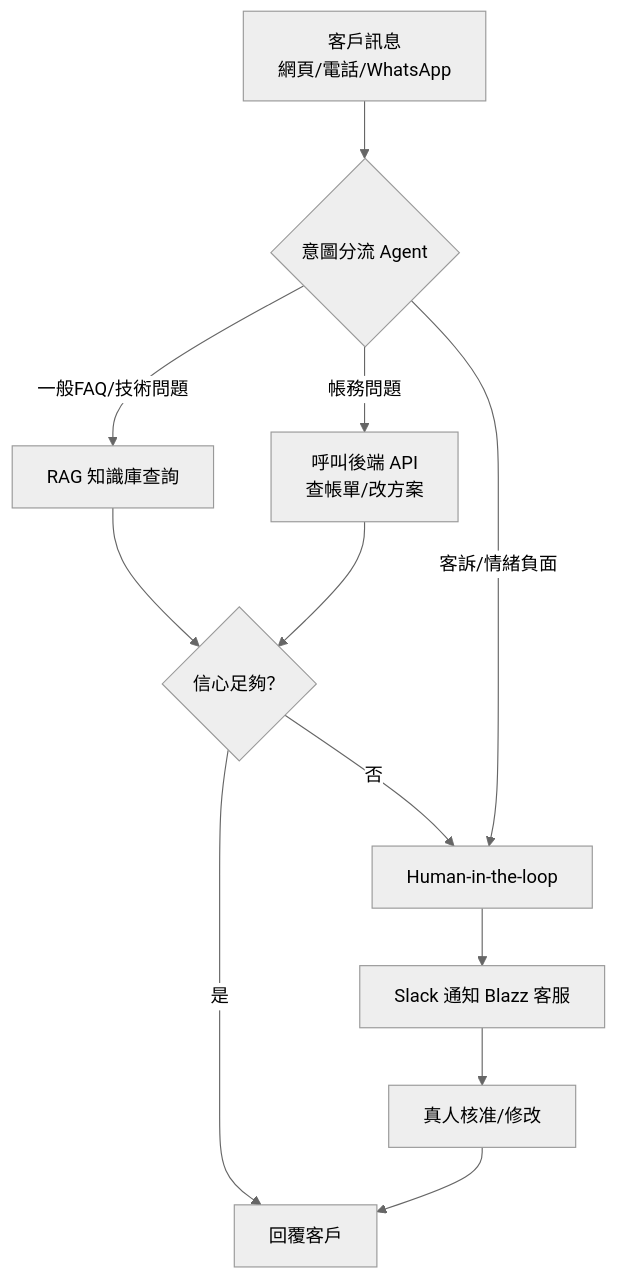
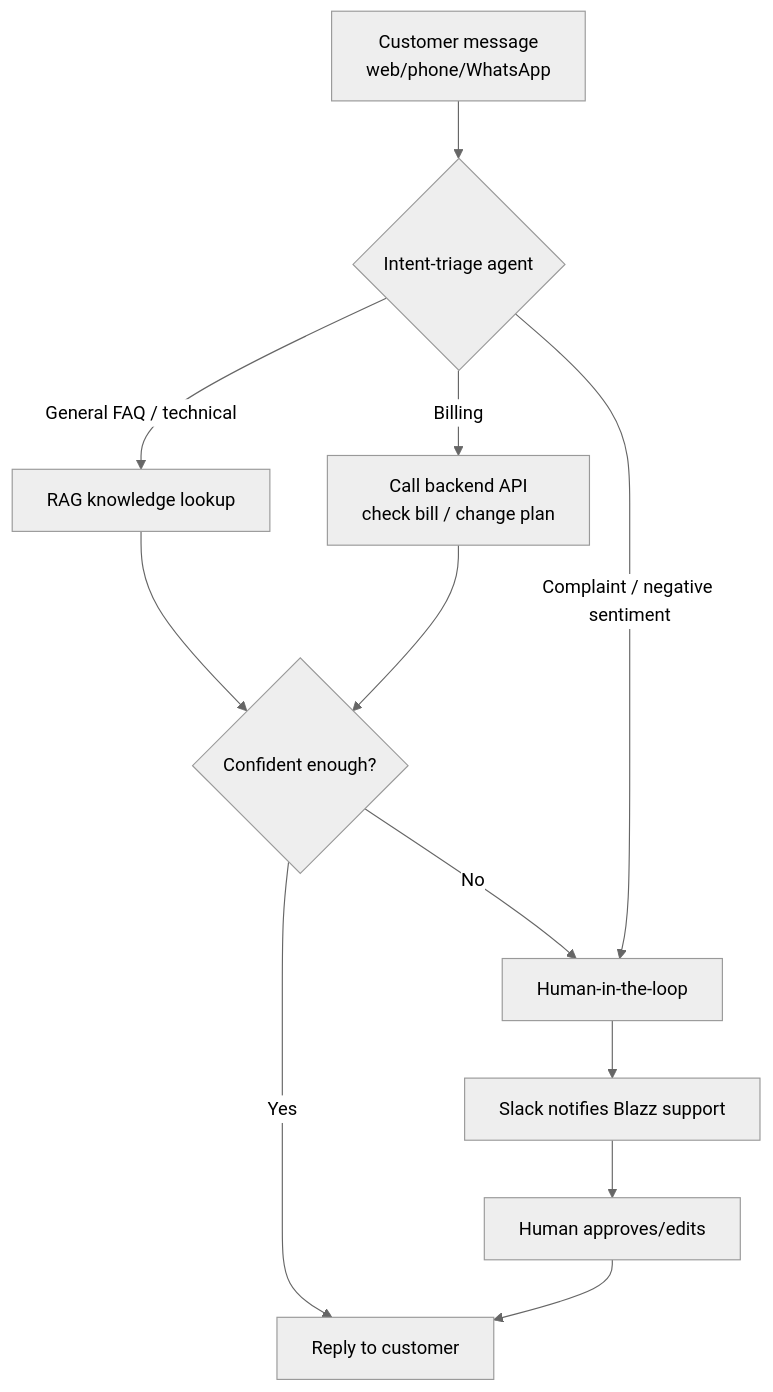
One commit to Vizino-AI/telecom-cs-agent-workshop changed the diagram in architecture.md. Above: the diagram before and after it, drawn with Mermaid (neutral theme). The commit also changed other lines of this file and 15 other files, not shown here.

````diff
--- a/architecture.md
+++ b/architecture.md
@@ -17,14 +17,14 @@
 ```mermaid
 flowchart TD
-    A[客戶訊息<br/>網頁/電話/WhatsApp] --> B{意圖分流 Agent}
-    B -->|一般FAQ/技術問題| C[RAG 知識庫查詢]
-    B -->|帳務問題| D[呼叫後端 API<br/>查帳單/改方案]
-    B -->|客訴/情緒負面| E[Human-in-the-loop]
-    C --> F{信心足夠？}
+    A[Customer message<br/>web/phone/WhatsApp] --> B{Intent-triage agent}
+    B -->|General FAQ / technical| C[RAG knowledge lookup]
+    B -->|Billing| D[Call backend API<br/>check bill / change plan]
+    B -->|Complaint / negative sentiment| E[Human-in-the-loop]
+    C --> F{Confident enough?}
     D --> F
-    F -->|是| G[回覆客戶]
-    F -->|否| E
-    E --> H[Slack 通知 Blazz 客服]
-    H --> I[真人核准/修改]
+    F -->|Yes| G[Reply to customer]
+    F -->|No| E
+    E --> H[Slack notifies Blazz support]
+    H --> I[Human approves/edits]
     I --> G
 ```
````
